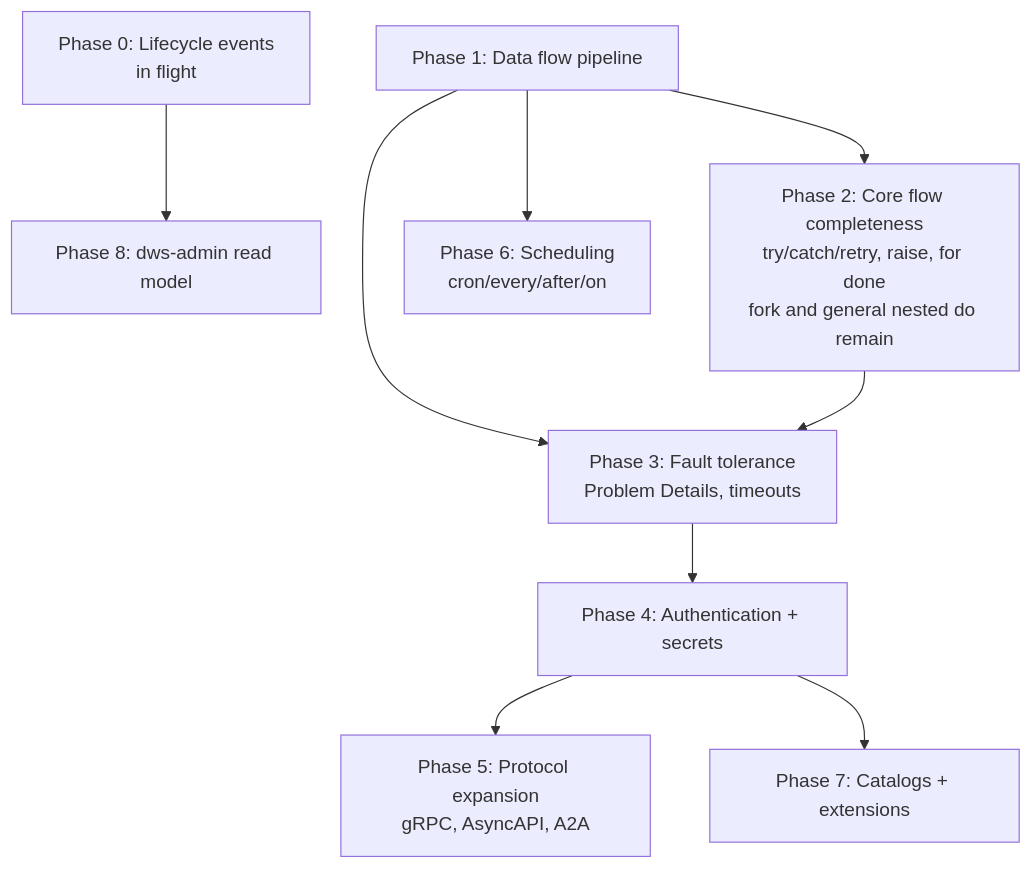
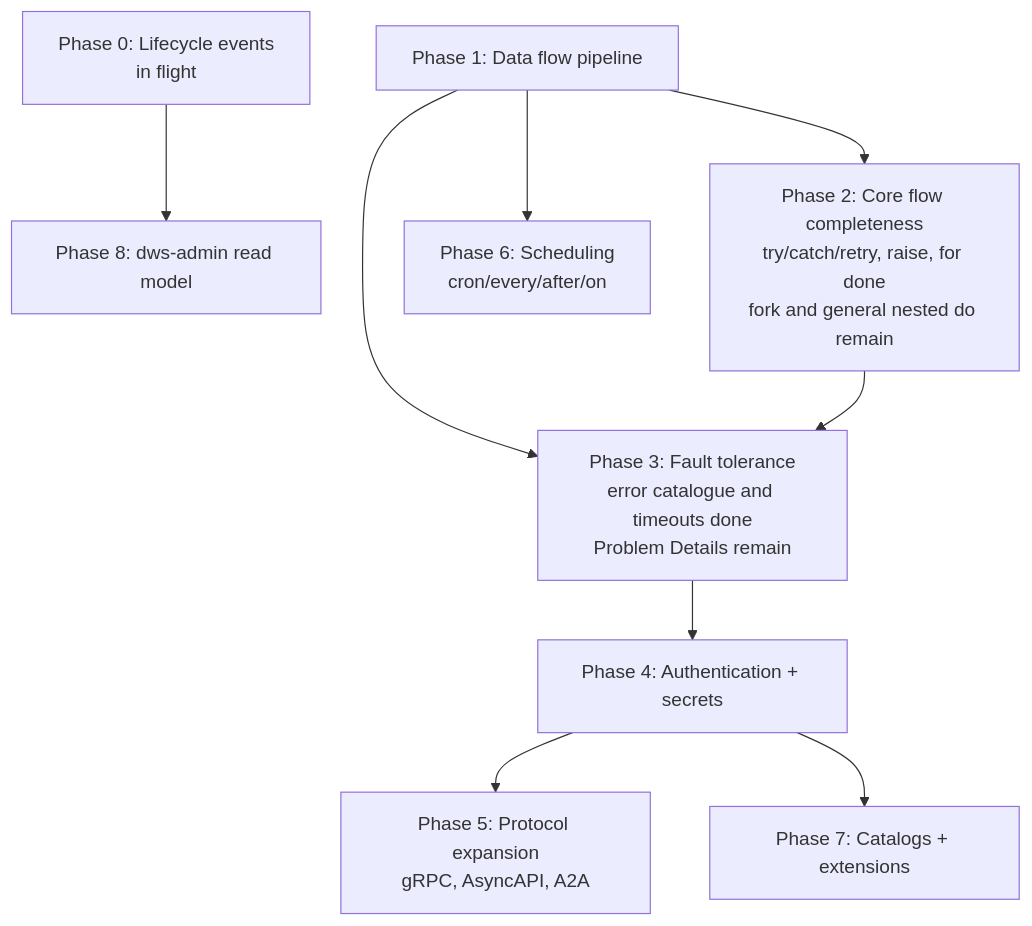
Before and after one commit to tonylibs/dapr-workflow-spec: the diagram in openwiki/architecture/roadmap.md, drawn with Mermaid. The commit also changed other lines of this file and 2 other files, not shown here.

````diff
--- a/openwiki/architecture/roadmap.md
+++ b/openwiki/architecture/roadmap.md
@@ -55,11 +56,11 @@
 ```mermaid
 flowchart TD
   P0[Phase 0: Lifecycle events<br/>in flight] --> P8[Phase 8: dws-admin read model]
   P1[Phase 1: Data flow pipeline] --> P2[Phase 2: Core flow completeness<br/>try/catch/retry, raise, for done<br/>fork and general nested do remain]
-  P1 --> P3[Phase 3: Fault tolerance<br/>Problem Details, timeouts]
+  P1 --> P3[Phase 3: Fault tolerance<br/>error catalogue and timeouts done<br/>Problem Details remain]
   P2 --> P3
   P3 --> P4[Phase 4: Authentication + secrets]
   P4 --> P5[Phase 5: Protocol expansion<br/>gRPC, AsyncAPI, A2A]
   P1 --> P6[Phase 6: Scheduling<br/>cron/every/after/on]
   P4 --> P7[Phase 7: Catalogs + extensions]
 ```
````
